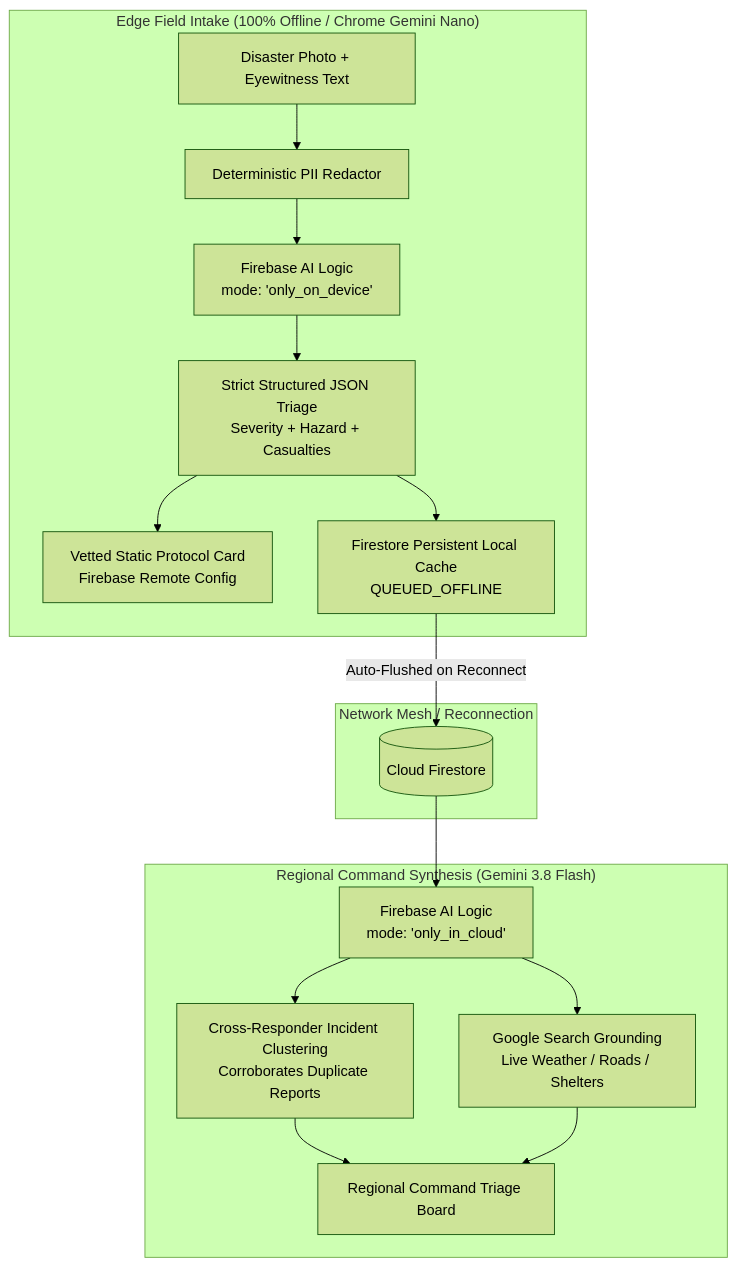
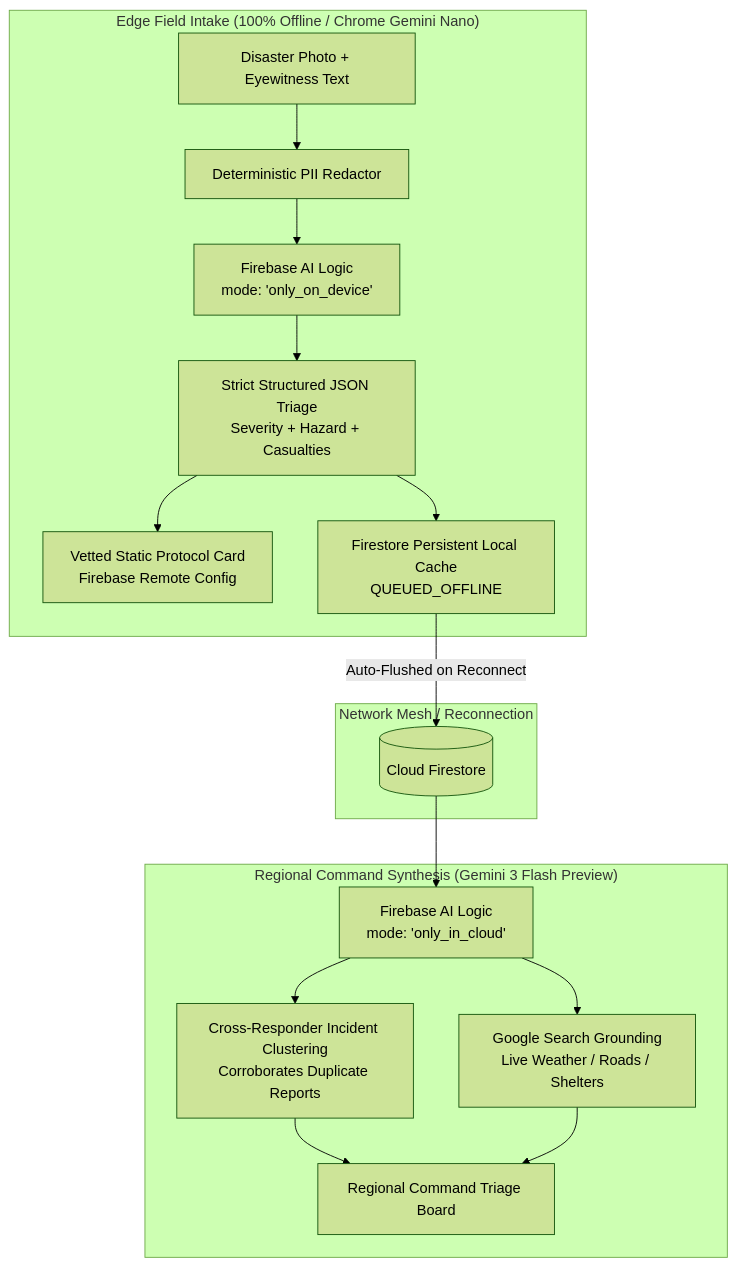
The diagram in README.md (Vezzyyy/TriageRelay), drawn with Mermaid (forest theme) before and after one commit. The commit also changed other lines of this file and 2 other files, not shown here.

Commit message:
fix: switch cloud command model to gemini-3-flash-preview after gemini-3.8-flash 500 high-demand errors

````diff
--- a/README.md
+++ b/README.md
@@ -21,21 +21,21 @@
 ```mermaid
 flowchart TD
     subgraph Edge ["Edge Field Intake (100% Offline / Chrome Gemini Nano)"]
         A[Disaster Photo + Eyewitness Text] --> B[Deterministic PII Redactor]
         B --> C[Firebase AI Logic\nmode: 'only_on_device']
         C --> D[Strict Structured JSON Triage\nSeverity + Hazard + Casualties]
         D --> E[Vetted Static Protocol Card\nFirebase Remote Config]
         D --> F[Firestore Persistent Local Cache\nQUEUED_OFFLINE]
     end
 
     subgraph Mesh ["Network Mesh / Reconnection"]
         F -->|Auto-Flushed on Reconnect| G[(Cloud Firestore)]
     end
 
-    subgraph Command ["Regional Command Synthesis (Gemini 3.8 Flash)"]
+    subgraph Command ["Regional Command Synthesis (Gemini 3 Flash Preview)"]
         G --> H[Firebase AI Logic\nmode: 'only_in_cloud']
         H --> I[Cross-Responder Incident Clustering\nCorroborates Duplicate Reports]
         H --> J[Google Search Grounding\nLive Weather / Roads / Shelters]
         I & J --> K[Regional Command Triage Board]
     end
 ```
````
